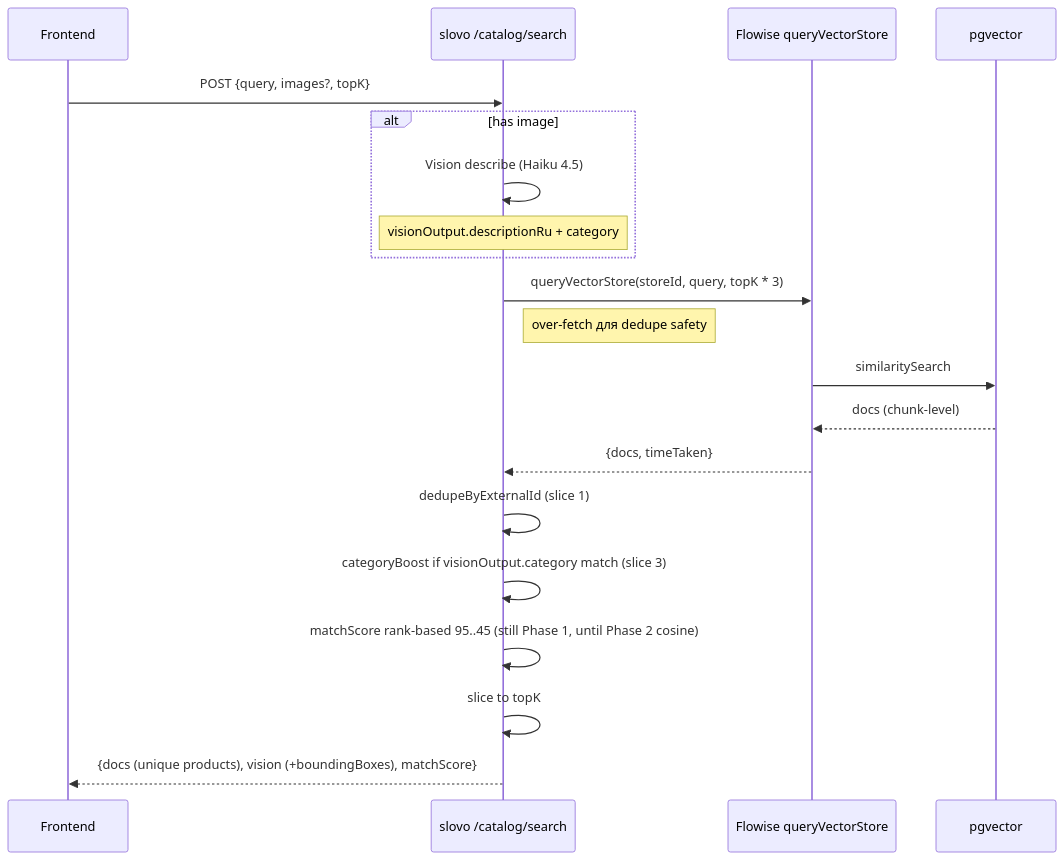
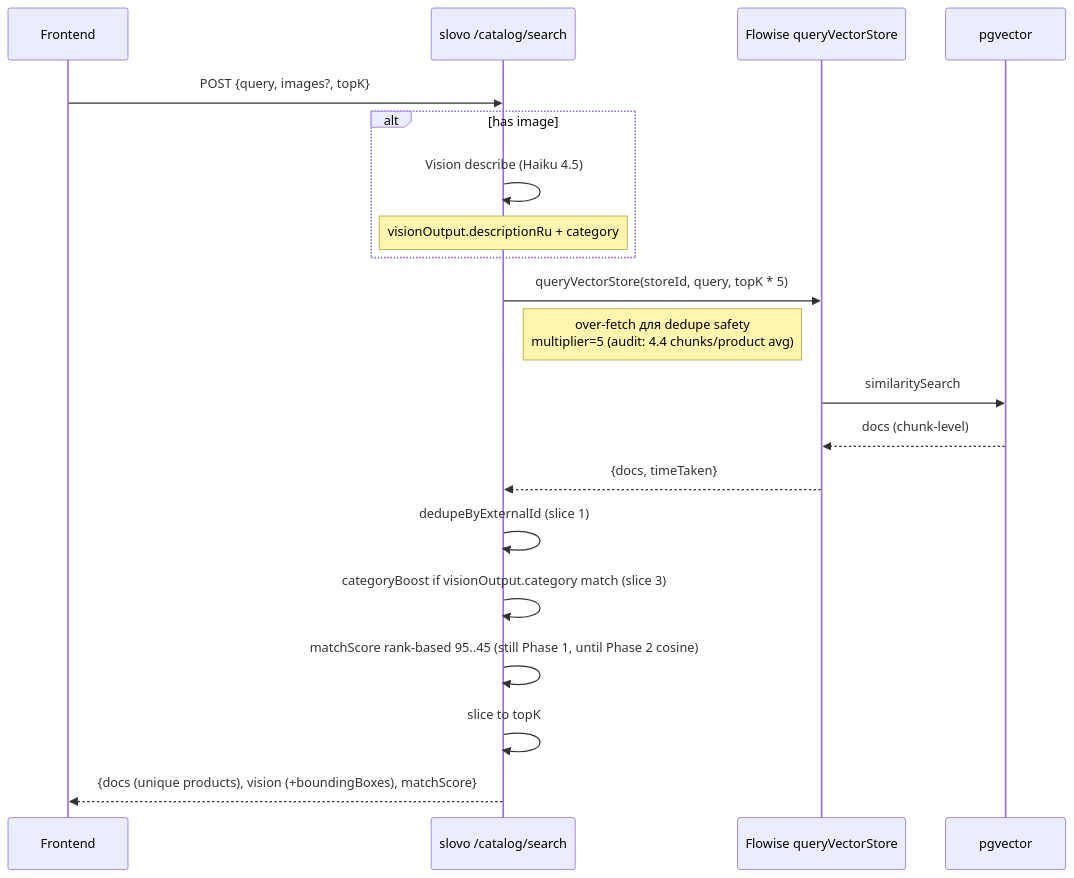
One commit to Pelmenya/slovo changed the second of 2 diagrams in docs/features/smart-search-phase-1-5-backend.md. Above: the diagram before and after it, drawn with Mermaid. The commit also changed other lines of this file and 1 other file, not shown here.

````diff
--- a/docs/features/smart-search-phase-1-5-backend.md
+++ b/docs/features/smart-search-phase-1-5-backend.md
@@ -210,23 +223,23 @@
 ```mermaid
 sequenceDiagram
     participant FE as Frontend
     participant API as slovo /catalog/search
     participant Flowise as Flowise queryVectorStore
     participant PG as pgvector
 
     FE->>API: POST {query, images?, topK}
     alt has image
         API->>API: Vision describe (Haiku 4.5)
         Note over API: visionOutput.descriptionRu + category
     end
-    API->>Flowise: queryVectorStore(storeId, query, topK * 3)
-    Note right of API: over-fetch для dedupe safety
+    API->>Flowise: queryVectorStore(storeId, query, topK * 5)
+    Note right of API: over-fetch для dedupe safety<br/>multiplier=5 (audit: 4.4 chunks/product avg)
     Flowise->>PG: similaritySearch
     PG-->>Flowise: docs (chunk-level)
     Flowise-->>API: {docs, timeTaken}
     API->>API: dedupeByExternalId (slice 1)
     API->>API: categoryBoost if visionOutput.category match (slice 3)
     API->>API: matchScore rank-based 95..45 (still Phase 1, until Phase 2 cosine)
     API->>API: slice to topK
     API-->>FE: {docs (unique products), vision (+boundingBoxes), matchScore}
 ```
````
